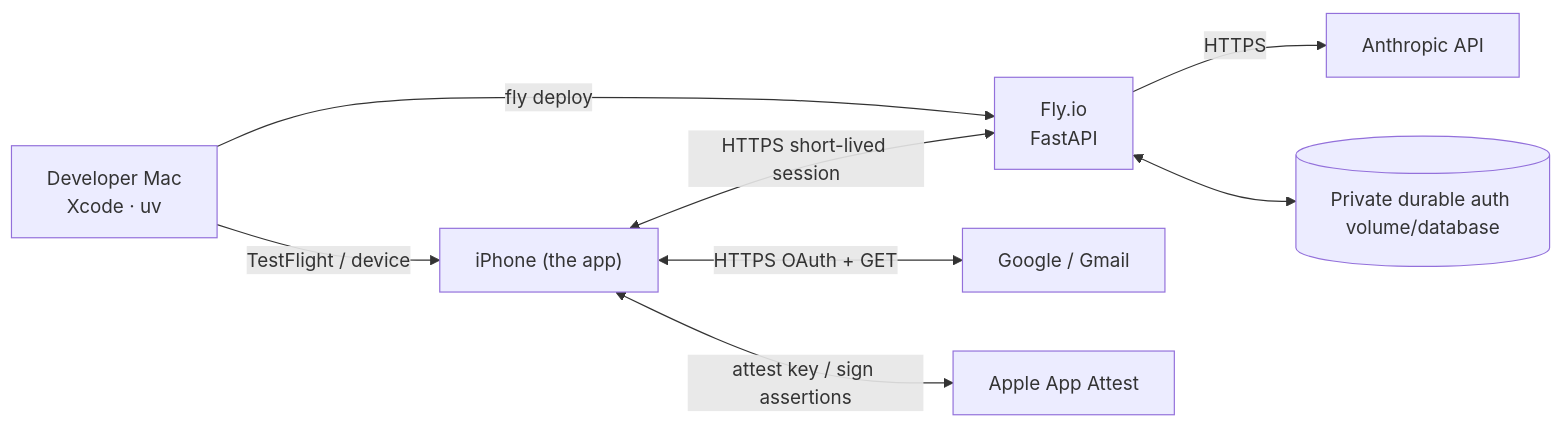
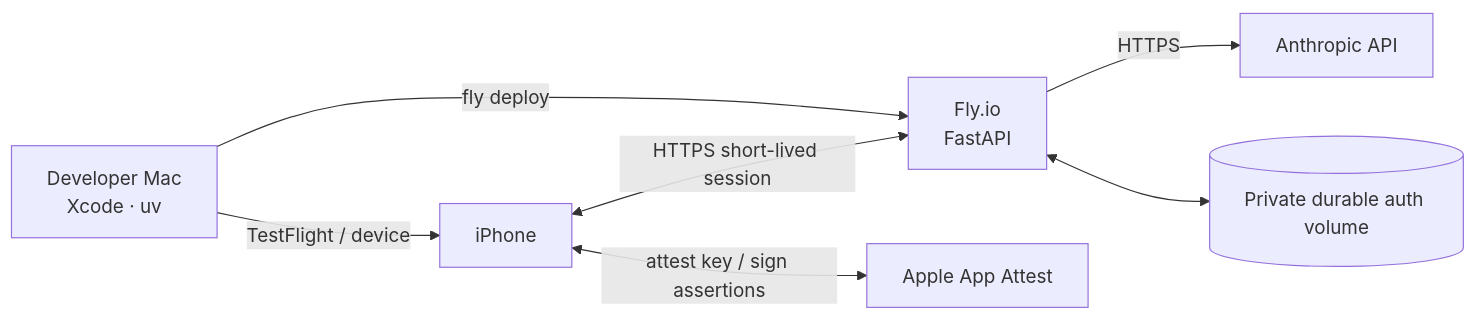
One commit to tzehon/wardrobe-stylist changed the sixth of 6 diagrams in docs/architecture.md. Above: the diagram before and after it, drawn with Mermaid. The commit also changed other lines of this file and 20 other files, not shown here.

````diff
--- a/docs/architecture.md
+++ b/docs/architecture.md
@@ -331,10 +239,9 @@
 ```mermaid
 flowchart LR
-    Dev["Developer Mac<br/>Xcode · uv"] -->|TestFlight / device| Phone["iPhone (the app)"]
-    Dev -->|fly deploy| Fly["Fly.io<br/>FastAPI"]
-    Phone <-->|HTTPS short-lived session| Fly
-    Fly -->|HTTPS| Anthropic["Anthropic API"]
-    Phone <-->|HTTPS OAuth + GET| Google["Google / Gmail"]
-    Phone <-->|attest key / sign assertions| Apple["Apple App Attest"]
-    Fly <--> AuthDB[("Private durable auth volume/database")]
+    Dev["Developer Mac<br/>Xcode · uv"] -->|"TestFlight / device"| Phone["iPhone"]
+    Dev -->|"fly deploy"| Fly["Fly.io<br/>FastAPI"]
+    Phone <-->|"HTTPS short-lived session"| Fly
+    Fly -->|"HTTPS"| Anthropic["Anthropic API"]
+    Phone <-->|"attest key / sign assertions"| Apple["Apple App Attest"]
+    Fly <--> AuthDB[("Private durable auth volume")]
 ```
````
